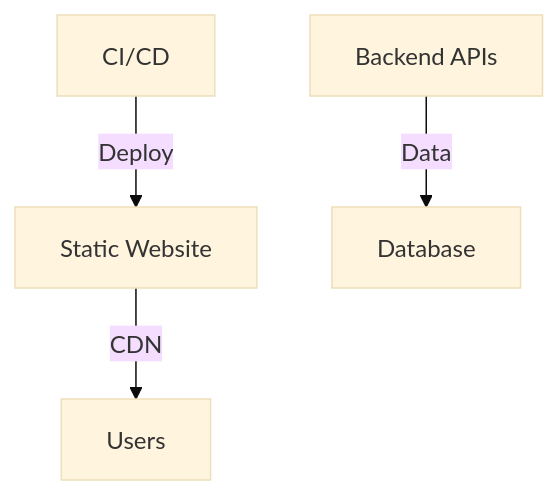
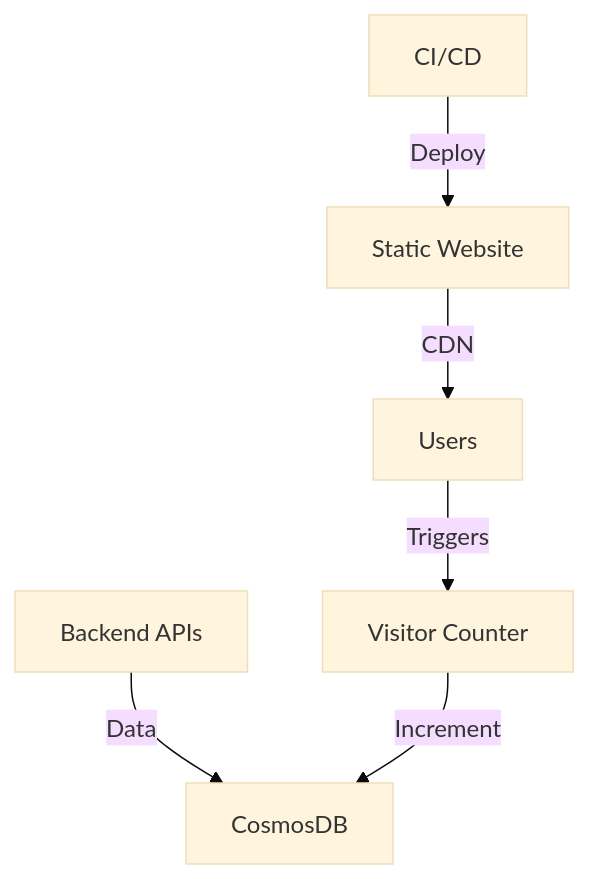
The first of 3 diagrams in README.md (saddavi/Talha-CloudResumeChallenge), drawn with Mermaid (base theme) before and after one commit. The commit also changed other lines of this file, not shown here.

Commit message:
docs: update README with detailed Visitor Counter implementation and security features

````diff
--- a/README.md
+++ b/README.md
@@ -99,6 +100,8 @@
 ```mermaid
 graph TD
     A[Static Website] -->|CDN| B[Users]
     C[Backend APIs] -->|Data| D[Database]
     E[CI/CD] -->|Deploy| A
+    F[Visitor Counter] -->|Increment| D[CosmosDB]
+    B -->|Triggers| F
 ```
````
